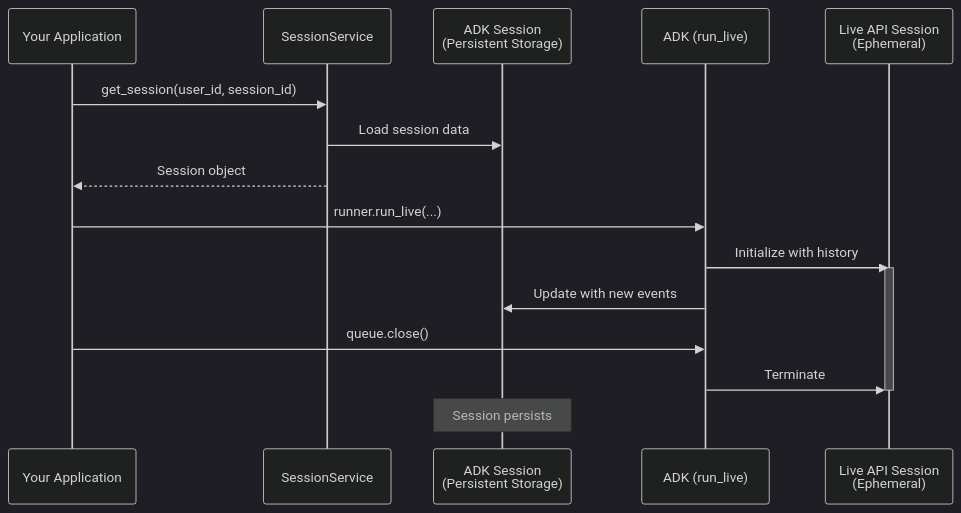
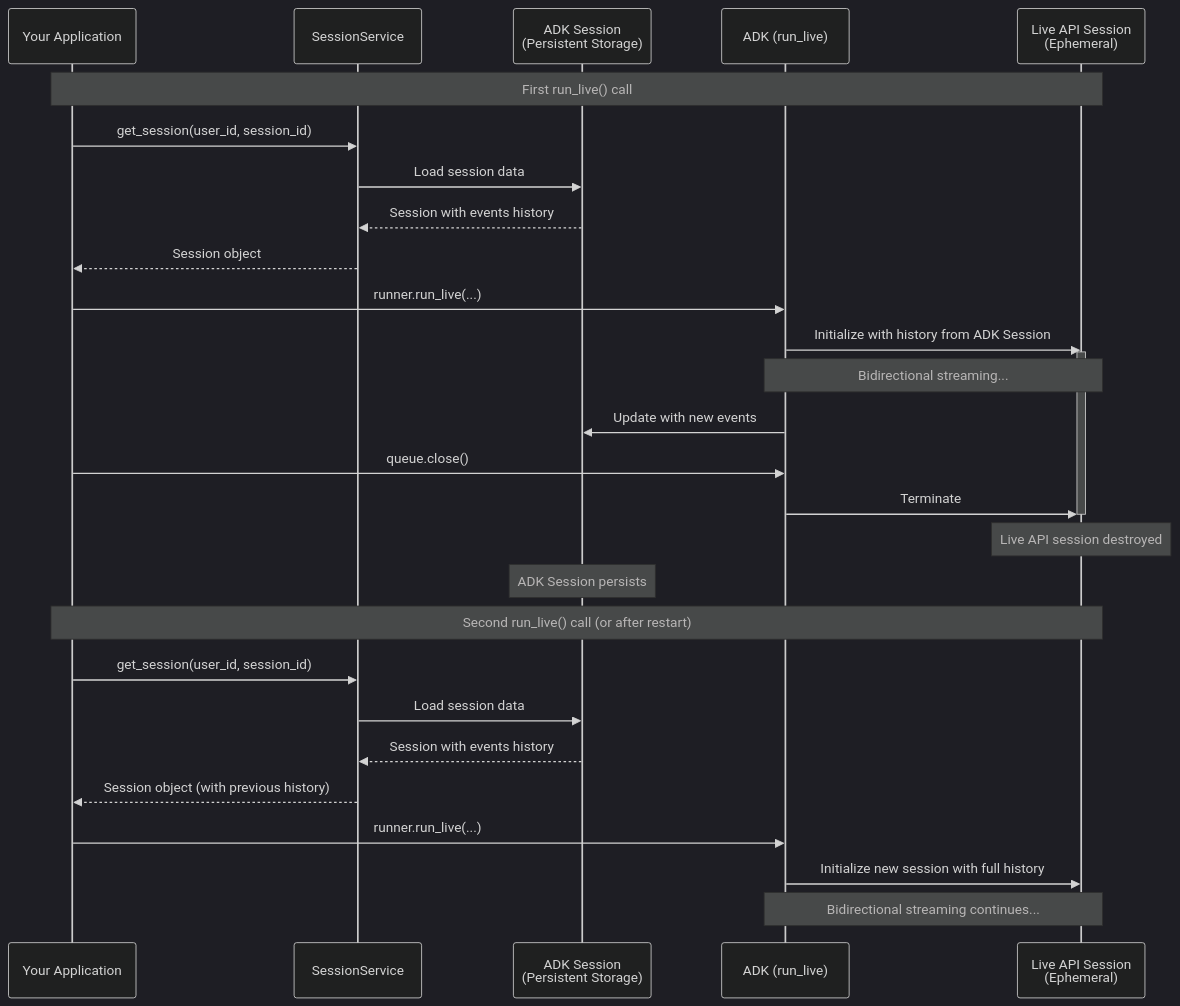
One commit to adk-labs/adk-docs changed the third of 4 diagrams in docs/ja/live/dev-guide/part4.md. Above: the diagram before and after it, drawn with Mermaid (dark theme). The commit also changed other lines of this file and 55 other files, not shown here.

````diff
--- a/docs/ja/live/dev-guide/part4.md
+++ b/docs/ja/live/dev-guide/part4.md
@@ -263,23 +332,42 @@
 ```mermaid
 sequenceDiagram
     participant App as Your Application
     participant SS as SessionService
     participant ADK_Session as ADK Session<br/>(Persistent Storage)
     participant ADK as ADK (run_live)
     participant LiveSession as Live API Session<br/>(Ephemeral)
 
+    Note over App,LiveSession: First run_live() call
+
     App->>SS: get_session(user_id, session_id)
     SS->>ADK_Session: Load session data
+    ADK_Session-->>SS: Session with events history
     SS-->>App: Session object
 
     App->>ADK: runner.run_live(...)
-    ADK->>LiveSession: Initialize with history
+    ADK->>LiveSession: Initialize with history from ADK Session
     activate LiveSession
+
+    Note over ADK,LiveSession: Bidirectional streaming...
+
     ADK->>ADK_Session: Update with new events
 
     App->>ADK: queue.close()
     ADK->>LiveSession: Terminate
     deactivate LiveSession
+    Note over LiveSession: Live API session destroyed
+    Note over ADK_Session: ADK Session persists
 
-    Note over ADK_Session: Session persists
+    Note over App,LiveSession: Second run_live() call (or after restart)
+
+    App->>SS: get_session(user_id, session_id)
+    SS->>ADK_Session: Load session data
+    ADK_Session-->>SS: Session with events history
+    SS-->>App: Session object (with previous history)
+
+    App->>ADK: runner.run_live(...)
+    ADK->>LiveSession: Initialize new session with full history
+    activate LiveSession
+
+    Note over ADK,LiveSession: Bidirectional streaming continues...
 ```
````
